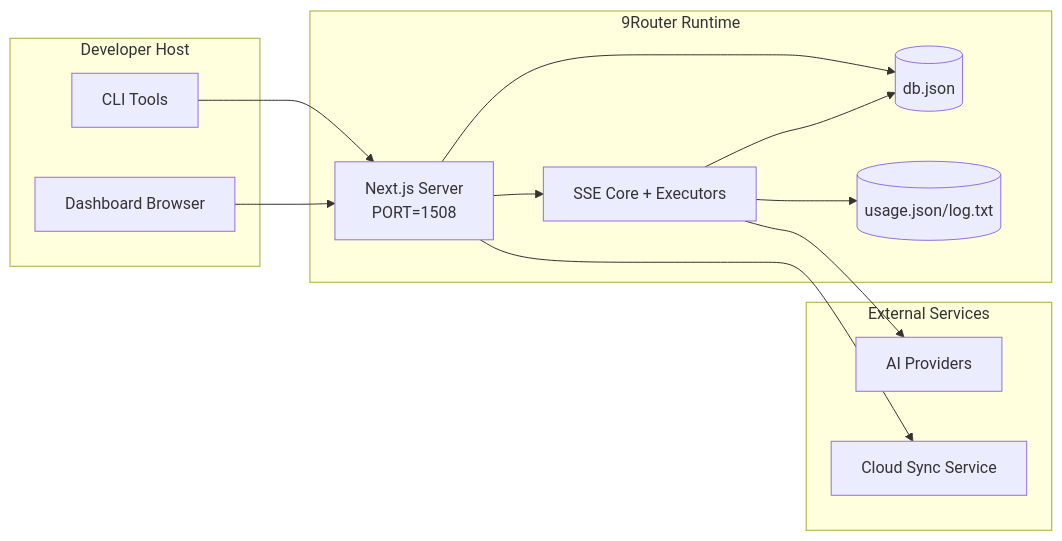
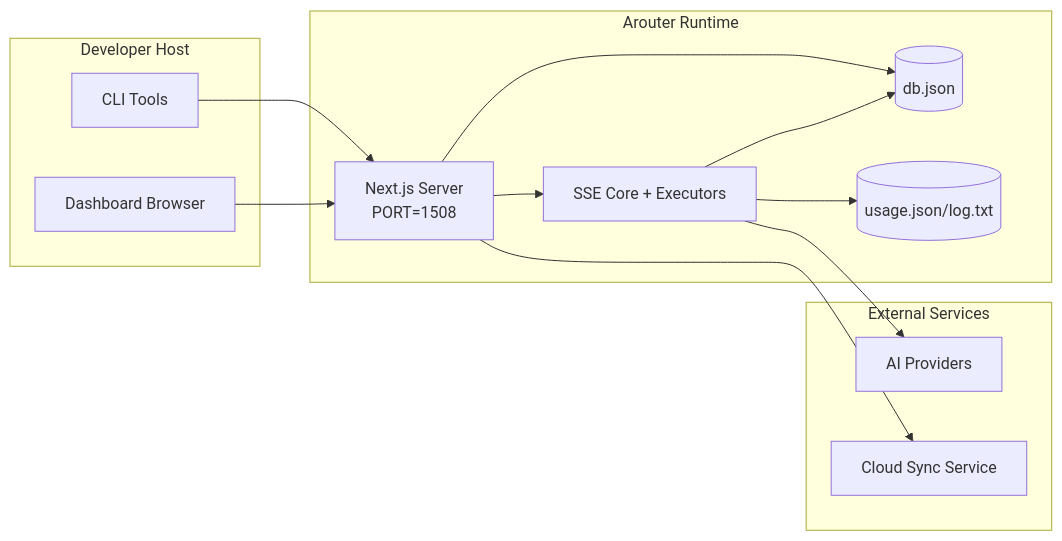
The seventh of 7 diagrams in docs/ARCHITECTURE.md (anhbo2k4/arouter), drawn with Mermaid before and after one commit. The commit also changed other lines of this file and 131 other files, not shown here.

````diff
--- a/docs/ARCHITECTURE.md
+++ b/docs/ARCHITECTURE.md
@@ -387,28 +387,28 @@
 ```mermaid
 flowchart LR
     subgraph LocalHost[Developer Host]
         CLI[CLI Tools]
         Browser[Dashboard Browser]
     end
 
-    subgraph ContainerOrProcess[9Router Runtime]
+    subgraph ContainerOrProcess[Arouter Runtime]
         Next[Next.js Server\nPORT=1508]
         Core[SSE Core + Executors]
         MainDB[(db.json)]
         UsageDB[(usage.json/log.txt)]
     end
 
     subgraph External[External Services]
         Providers[AI Providers]
         SyncCloud[Cloud Sync Service]
     end
 
     CLI --> Next
     Browser --> Next
     Next --> Core
     Next --> MainDB
     Core --> MainDB
     Core --> UsageDB
     Core --> Providers
     Next --> SyncCloud
 ```
````
